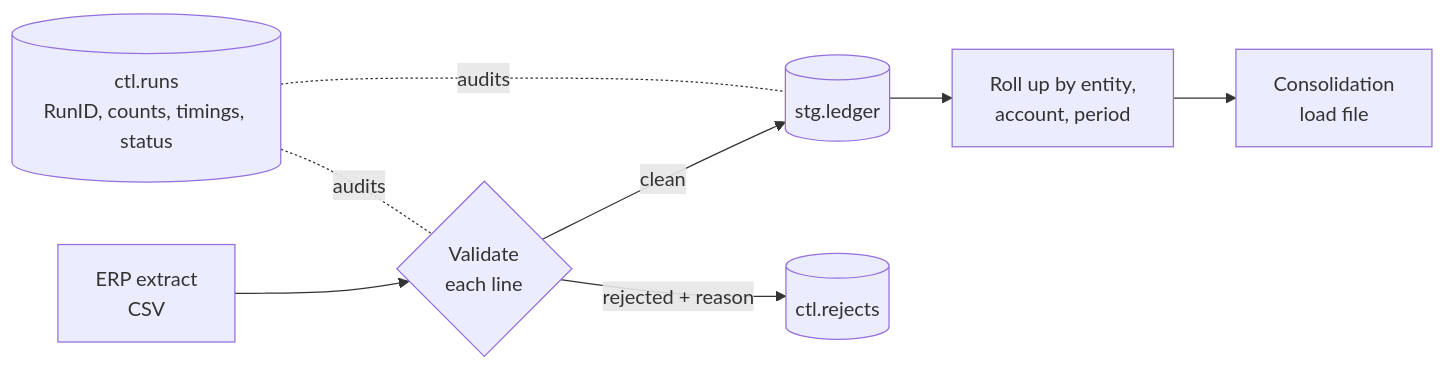
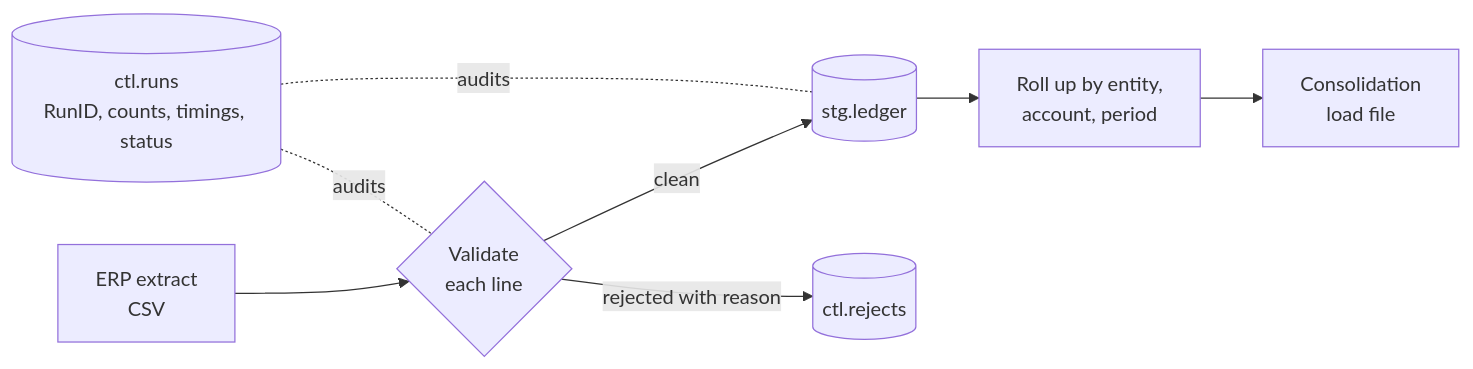
Before and after one commit to rubenoliveros/ledger-pipeline: the diagram in README.md, drawn with Mermaid. The commit also changed other lines of this file, not shown here.

````diff
--- a/README.md
+++ b/README.md
@@ -35,10 +43,10 @@
 ```mermaid
 flowchart LR
     A[ERP extract<br/>CSV] --> B{Validate<br/>each line}
     B -- clean --> C[(stg.ledger)]
-    B -- rejected + reason --> D[(ctl.rejects)]
+    B -- rejected with reason --> D[(ctl.rejects)]
     C --> E[Roll up by entity,<br/>account, period]
     E --> F[Consolidation<br/>load file]
     R[(ctl.runs<br/>RunID, counts, timings, status)] -.audits.- B
     R -.audits.- C
 ```
````
